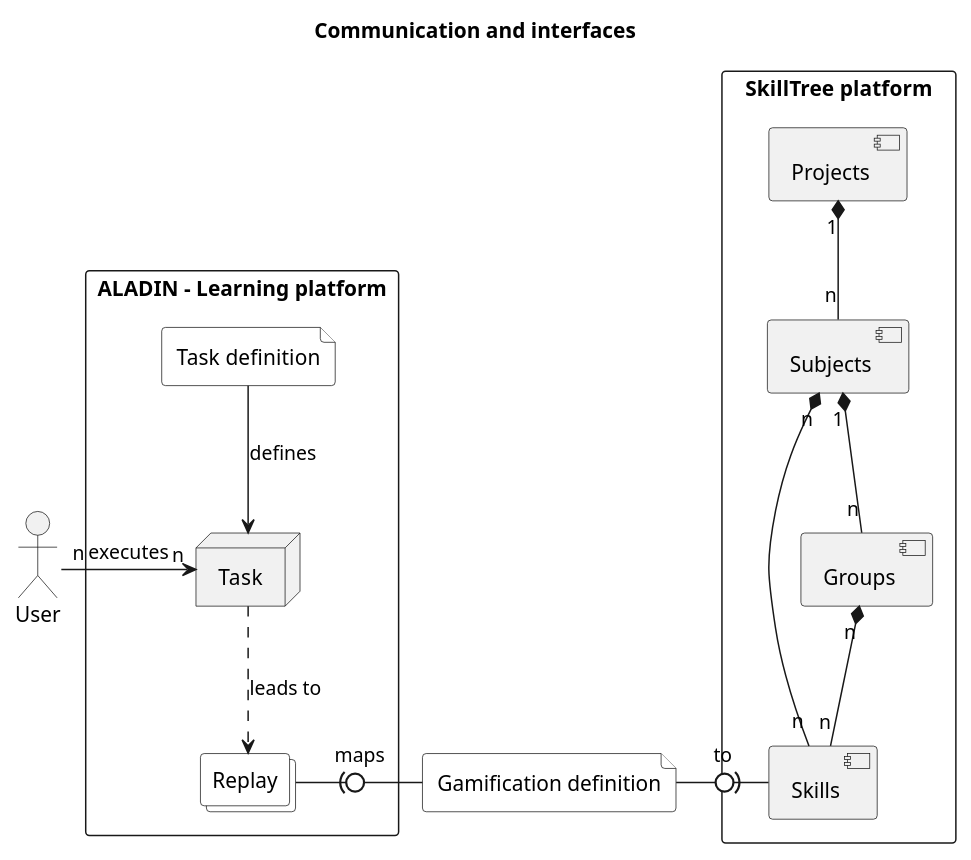
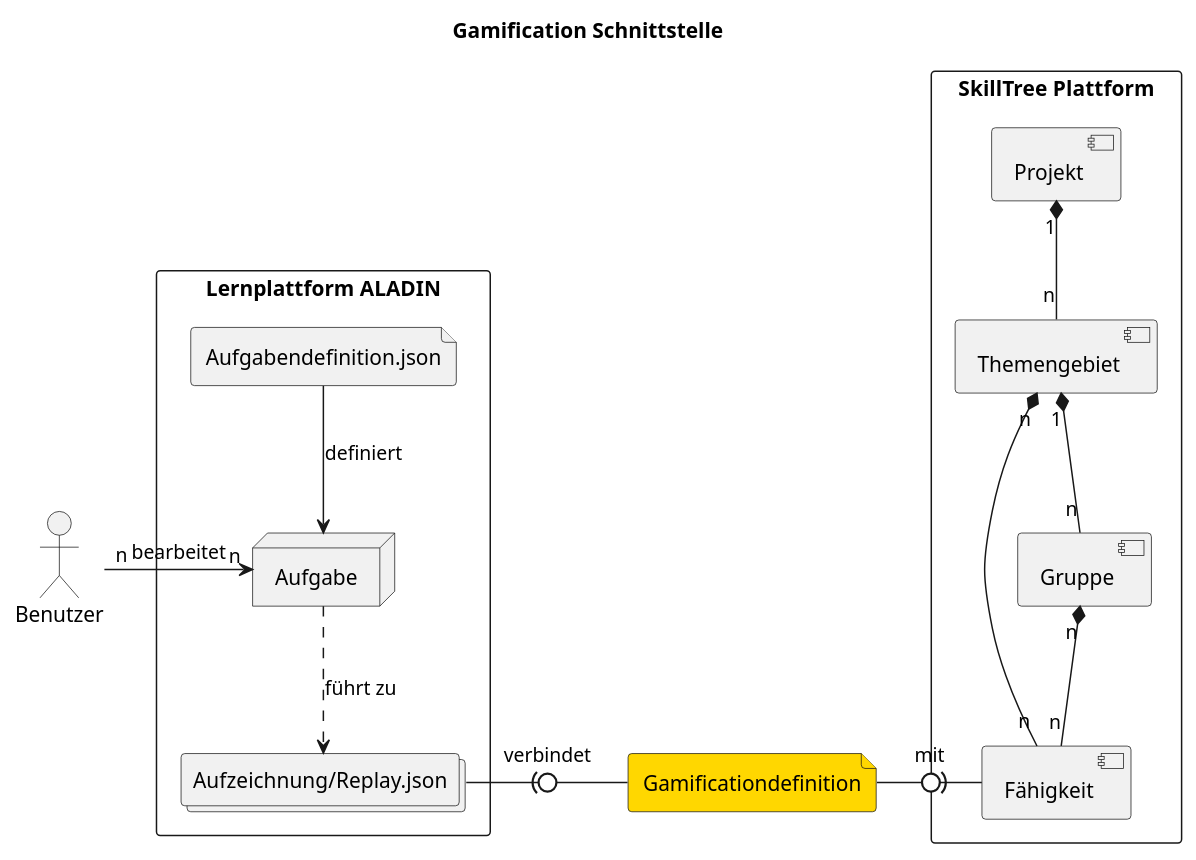
One commit to a-schulz/aladin_GAMIFY changed the diagram in diagrams/communication_interfaces.puml. Above: the diagram before and after it, drawn with PlantUML. The commit also changed 3 other files, not shown here.

Commit message:
translated graphics

```diff
--- a/diagrams/communication_interfaces.puml
+++ b/diagrams/communication_interfaces.puml
@@ -1,33 +1,33 @@
 @startuml communication_interfaces
 
-skinparam monochrome true
+'skinparam monochrome true
 
-title "Communication and interfaces"
+title "Gamification Schnittstelle"
 
-"User" as U
+"Benutzer" as U
 
-rectangle "ALADIN - Learning platform" {
-  file "Task definition" as TD #white
-  node "Task" as T
-  collections "Replay" as RP #white
+rectangle "Lernplattform ALADIN" {
+  file "Aufgabendefinition.json" as TD
+  node "Aufgabe" as T
+  collections "Aufzeichnung/Replay.json" as RP
 }
 
-file "Gamification definition" as GD #white
+file "Gamificationdefinition" as GD #gold
 
-rectangle "SkillTree platform" {
-  [Projects]
-  [Subjects]
-  [Groups]
-  [Skills]
+rectangle "SkillTree Plattform" {
+  [Projekt]
+  [Themengebiet]
+  [Gruppe]
+  [Fähigkeit]
 }
-T ..> RP : leads to
-TD --> T : defines
-RP -right(0- GD : maps
-GD -right0)- [Skills]: to
-T "n" <-l- "n" U : executes
-[Projects] "1" *-- "n" [Subjects]
-[Subjects] "1" *-- "n" [Groups]
-[Groups] "n" *-- "n" [Skills]
-[Subjects] "n" *-- "n" [Skills]
+TD --> T : definiert
+T "n" <-l- "n" U : bearbeitet
+T ..> RP : führt zu
+RP -right(0- GD : verbindet
+GD -right0)- [Fähigkeit]: mit
+[Projekt] "1" *-- "n" [Themengebiet]
+[Themengebiet] "1" *-- "n" [Gruppe]
+[Gruppe] "n" *-- "n" [Fähigkeit]
+[Themengebiet] "n" *-- "n" [Fähigkeit]
 
 @enduml
```
